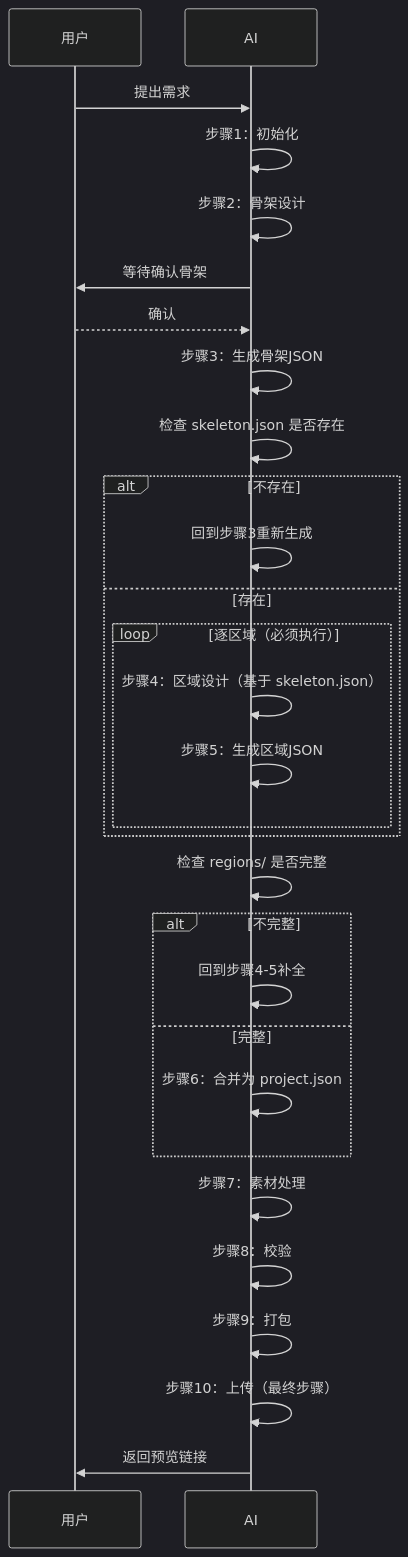
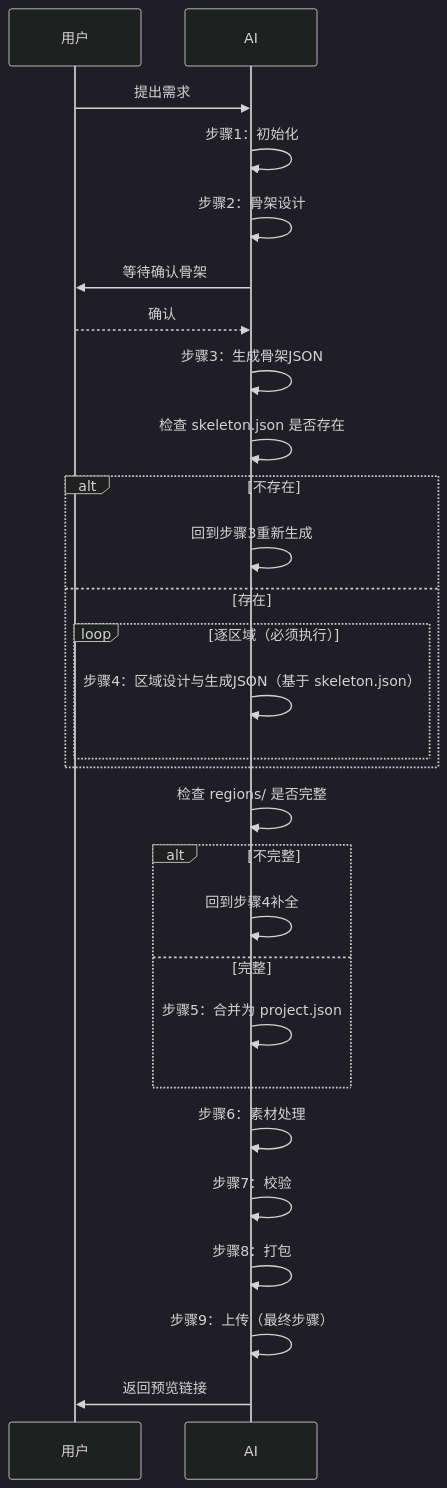
The diagram in SKILL.md (junyuaini/canvasvideo-skill), drawn with Mermaid (dark theme) before and after one commit. The commit also changed other lines of this file and 2 other files, not shown here.

````diff
--- a/SKILL.md
+++ b/SKILL.md
@@ -15,32 +15,31 @@
 ```mermaid
 sequenceDiagram
     participant 用户
     participant AI
 
     用户->>AI: 提出需求
     AI->>AI: 步骤1：初始化
     AI->>AI: 步骤2：骨架设计
     AI->>用户: 等待确认骨架
     用户-->>AI: 确认
     AI->>AI: 步骤3：生成骨架JSON
     AI->>AI: 检查 skeleton.json 是否存在
     alt 不存在
         AI->>AI: 回到步骤3重新生成
     else 存在
         loop 逐区域（必须执行）
-            AI->>AI: 步骤4：区域设计（基于 skeleton.json）
-            AI->>AI: 步骤5：生成区域JSON
+            AI->>AI: 步骤4：区域设计与生成JSON（基于 skeleton.json）
         end
     end
     AI->>AI: 检查 regions/ 是否完整
     alt 不完整
-        AI->>AI: 回到步骤4-5补全
+        AI->>AI: 回到步骤4补全
     else 完整
-        AI->>AI: 步骤6：合并为 project.json
+        AI->>AI: 步骤5：合并为 project.json
     end
-    AI->>AI: 步骤7：素材处理
-    AI->>AI: 步骤8：校验
-    AI->>AI: 步骤9：打包
-    AI->>AI: 步骤10：上传（最终步骤）
+    AI->>AI: 步骤6：素材处理
+    AI->>AI: 步骤7：校验
+    AI->>AI: 步骤8：打包
+    AI->>AI: 步骤9：上传（最终步骤）
     AI->>用户: 返回预览链接
 ```
````
